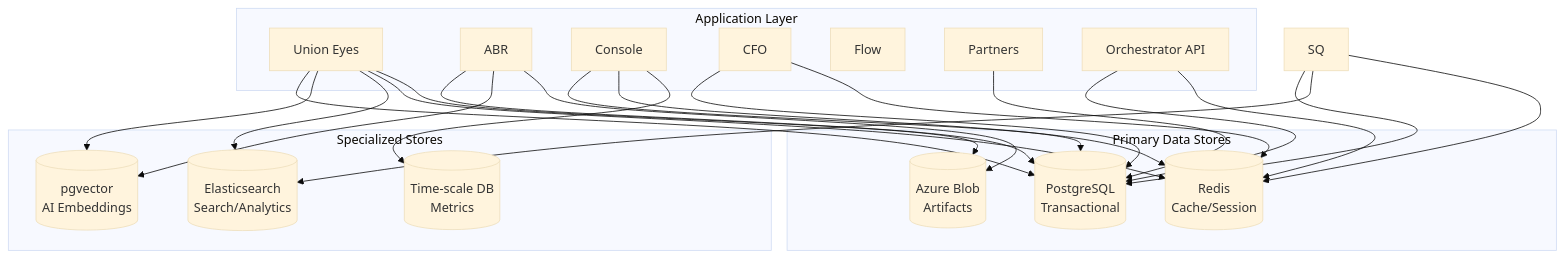
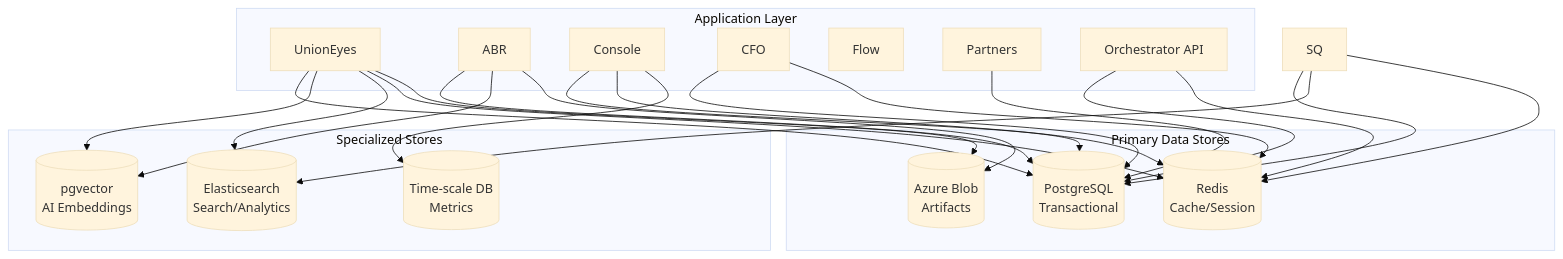
One commit to anungis437/nzila-os changed the diagram in docs/architecture/POLYGLOT_PERSISTENCE.md. Above: the diagram before and after it, drawn with Mermaid (base theme). The commit also changed other lines of this file and 642 other files, not shown here.

````diff
--- a/docs/architecture/POLYGLOT_PERSISTENCE.md
+++ b/docs/architecture/POLYGLOT_PERSISTENCE.md
@@ -50,50 +50,50 @@
 ```mermaid
 flowchart TB
     subgraph Primary["Primary Data Stores"]
         PG[("PostgreSQL<br/>Transactional")]
         Redis[("Redis<br/>Cache/Session")]
         Blob[("Azure Blob<br/>Artifacts")]
     end
     
     subgraph Specialized["Specialized Stores"]
         ES[("Elasticsearch<br/>Search/Analytics")]
         Vec[("pgvector<br/>AI Embeddings")]
         TS[("Time-scale DB<br/>Metrics")]
     end
     
     subgraph AppLayer["Application Layer"]
-        UE[Union Eyes]
+        UE[UnionEyes]
         ABR[ABR]
         CON[Console]
         CFO[CFO]
         FL[Flow]
         PART[Partners]
         ORCH[Orchestrator API]
     end
     
     UE --> PG
     UE --> Vec
     UE --> ES
     UE --> Redis
     UE --> Blob
     
     ABR --> PG
     ABR --> Vec
     ABR --> Blob
     
     CON --> PG
     CON --> Redis
     CON --> TS
     
     CFO --> PG
     CFO --> Redis
     
     SQ --> PG
     SQ --> ES
     SQ --> Redis
     
     PART --> PG
     
     ORCH --> PG
     ORCH --> Redis
 ```
````
